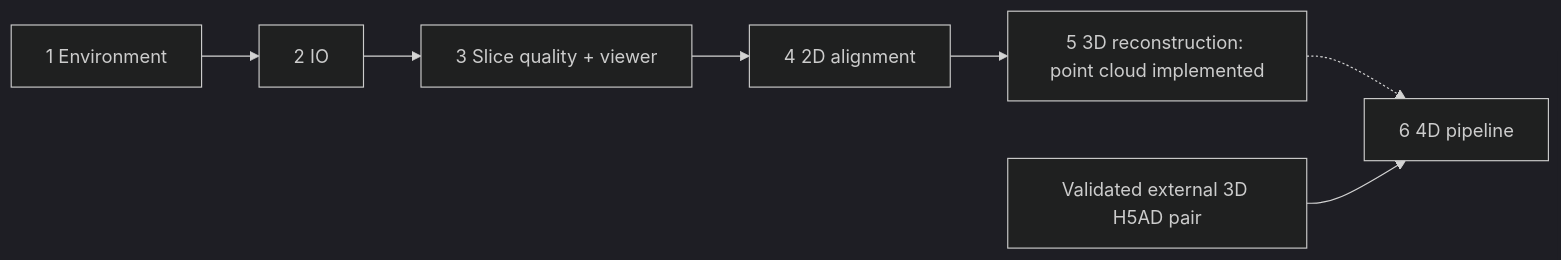
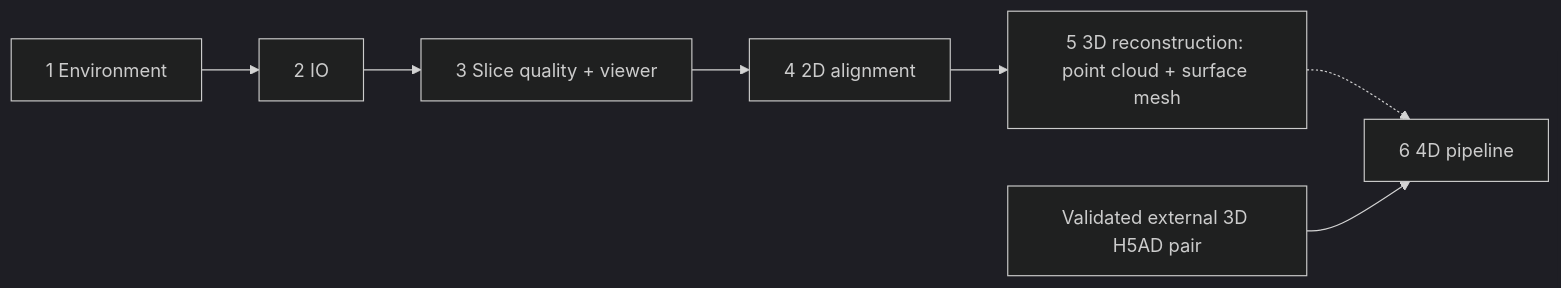
One commit to gmhhhhhh-929/Spateo-skills changed the diagram in README.md. Above: the diagram before and after it, drawn with Mermaid (dark theme). The commit also changed other lines of this file and 17 other files, not shown here.

Commit message:
Add selectable Spateo surface mesh skill

````diff
--- a/README.md
+++ b/README.md
@@ -18,9 +18,9 @@
 ```mermaid
 flowchart LR
   ENV[1 Environment] --> IO[2 IO]
   IO --> QC[3 Slice quality + viewer]
   QC --> ALIGN[4 2D alignment]
-  ALIGN --> THREE[5 3D reconstruction: point cloud implemented]
+  ALIGN --> THREE[5 3D reconstruction: point cloud + surface mesh]
   THREE -.-> FOUR[6 4D pipeline]
   EXTERNAL[Validated external 3D H5AD pair] --> FOUR
 ```
````
